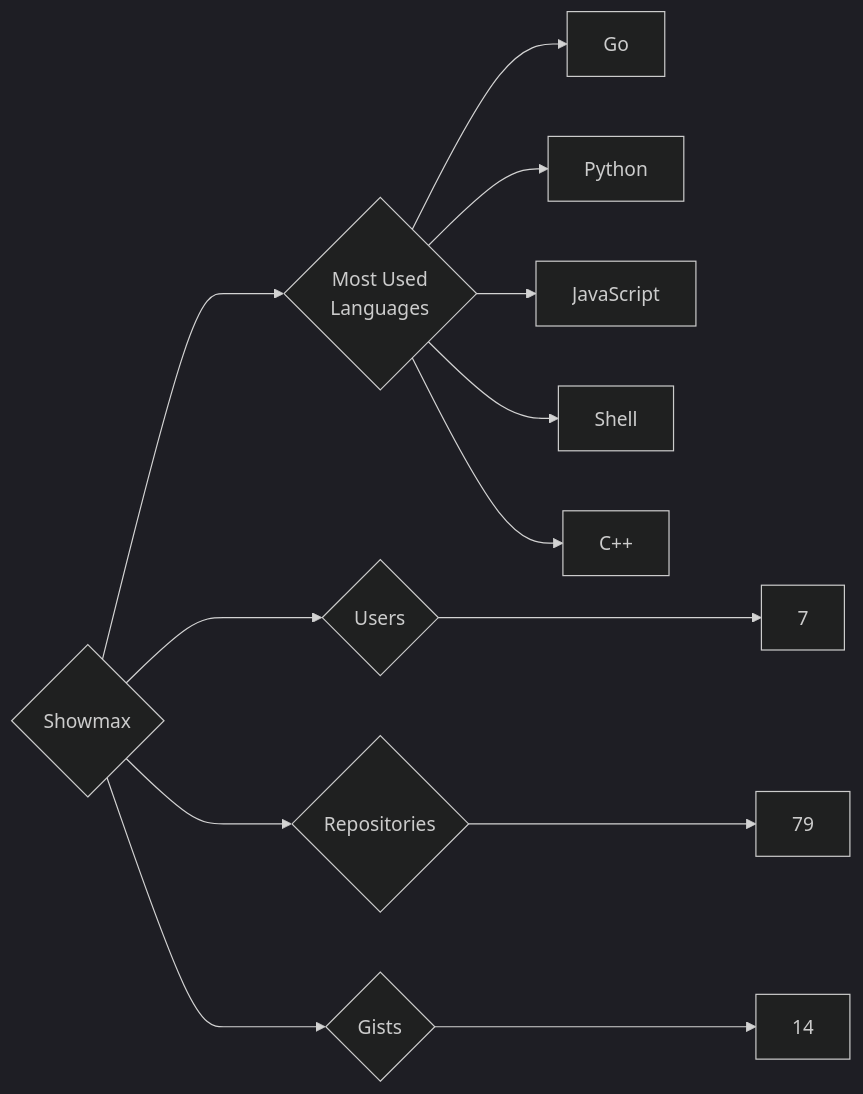
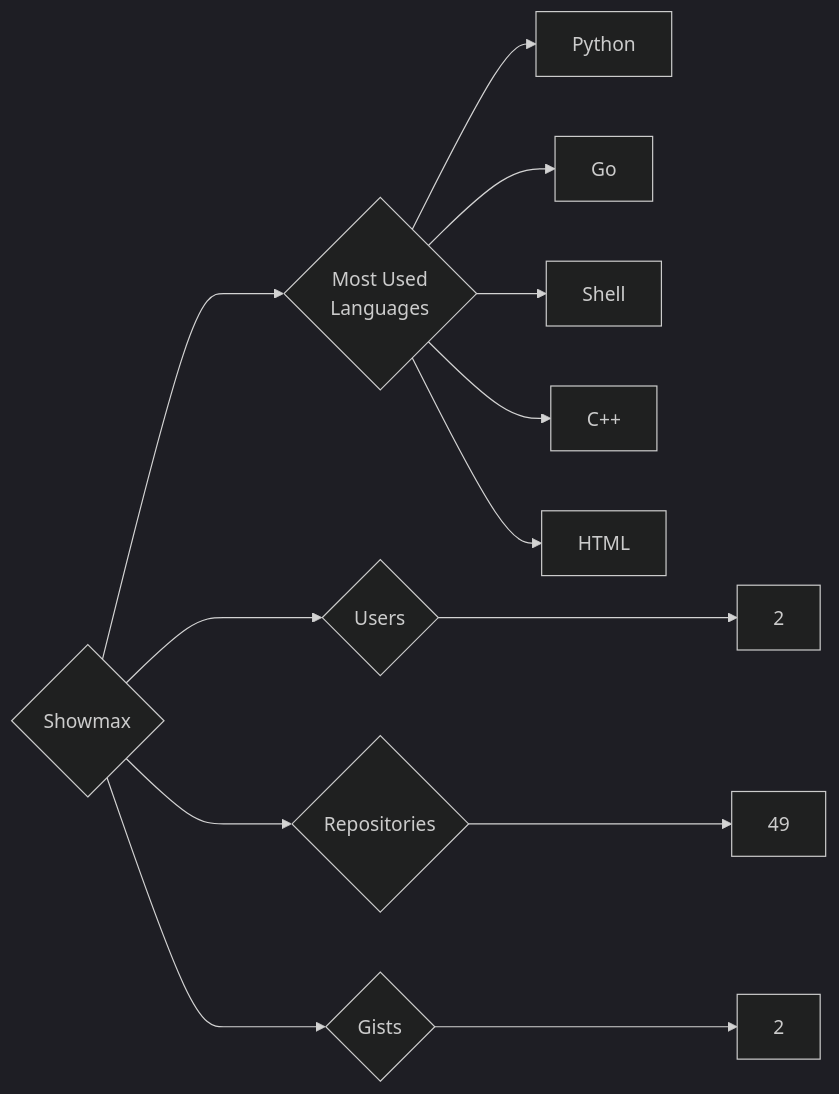
The diagram in targets/Showmax/README.md (trickest/insiders), drawn with Mermaid (dark theme) before and after one commit. The commit also changed 964 other files, not shown here.

````diff
--- a/targets/Showmax/README.md
+++ b/targets/Showmax/README.md
@@ -3,13 +3,13 @@
 ```mermaid
 graph LR
 COMPANY_NAME{Showmax}
-COMPANY_NAME ---> U{Users} ---> UN[7]
-COMPANY_NAME ---> R{Repositories} ---> RN[79]
-COMPANY_NAME ---> G{Gists} ---> GN[14]
+COMPANY_NAME ---> U{Users} ---> UN[2]
+COMPANY_NAME ---> R{Repositories} ---> RN[49]
+COMPANY_NAME ---> G{Gists} ---> GN[2]
 COMPANY_NAME ---> ML{Most Used<br>Languages}
+ML --> Python[Python]
 ML --> Go[Go]
-ML --> Python[Python]
-ML --> JavaScript[JavaScript]
 ML --> Shell[Shell]
 ML --> C++[C++]
+ML --> HTML[HTML]
 ```
````
